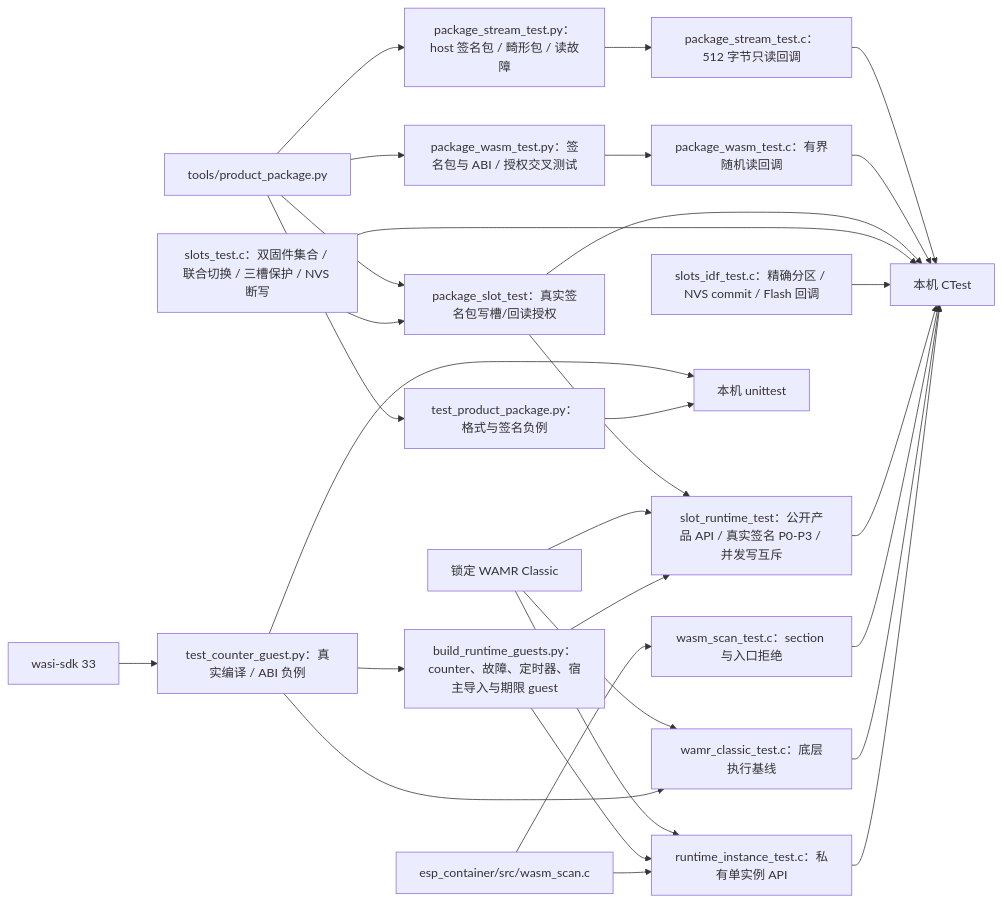
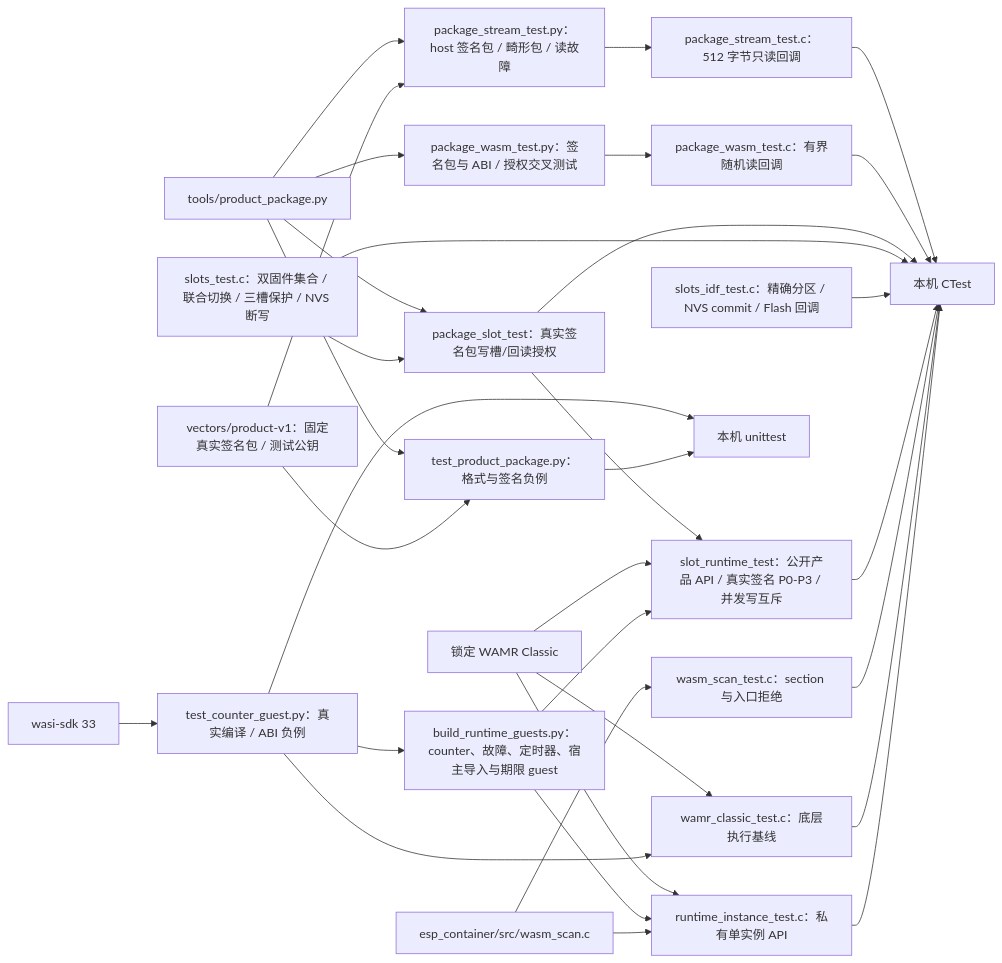
The diagram in tests/README.md (esp-space/esp-container), drawn with Mermaid before and after one commit. The commit also changed other lines of this file, not shown here.

Commit message:
对齐测试入口中的公开签名向量说明

````diff
--- a/tests/README.md
+++ b/tests/README.md
@@ -7,32 +7,34 @@
 ```mermaid
 flowchart LR
     package["tools/product_package.py"] --> py["test_product_package.py：格式与签名负例"]
     package --> stream["package_stream_test.py：host 签名包 / 畸形包 / 读故障"]
+    vector["vectors/product-v1：固定真实签名包 / 测试公钥"] --> py
+    vector --> stream
     stream --> reader["package_stream_test.c：512 字节只读回调"]
     package --> static["package_wasm_test.py：签名包与 ABI / 授权交叉测试"]
     static --> static_reader["package_wasm_test.c：有界随机读回调"]
     reader --> ctest
     static_reader --> ctest
     package --> slot_admission["package_slot_test：真实签名包写槽/回读授权"]
     slots --> slot_admission
     slot_admission --> ctest
     slot_admission --> slot_runtime["slot_runtime_test：公开产品 API / 真实签名 P0-P3 / 并发写互斥"]
     slots["slots_test.c：双固件集合 / 联合切换 / 三槽保护 / NVS 断写"] --> ctest
     idf_slots["slots_idf_test.c：精确分区 / NVS commit / Flash 回调"] --> ctest
     scanner["esp_container/src/wasm_scan.c"] --> c["wasm_scan_test.c：section 与入口拒绝"]
     wasi["wasi-sdk 33"] --> guest["test_counter_guest.py：真实编译 / ABI 负例"]
     guest --> host
     wamr["锁定 WAMR Classic"] --> baseline["wamr_classic_test.c：底层执行基线"]
     guest --> baseline
     guest --> fixtures["build_runtime_guests.py：counter、故障、定时器、宿主导入与期限 guest"]
     wamr --> instance["runtime_instance_test.c：私有单实例 API"]
     wamr --> slot_runtime
     fixtures --> slot_runtime
     slot_runtime --> ctest
     fixtures --> instance
     scanner --> instance
     py --> host["本机 unittest"]
     c --> ctest["本机 CTest"]
     baseline --> ctest
     instance --> ctest
 ```
````
